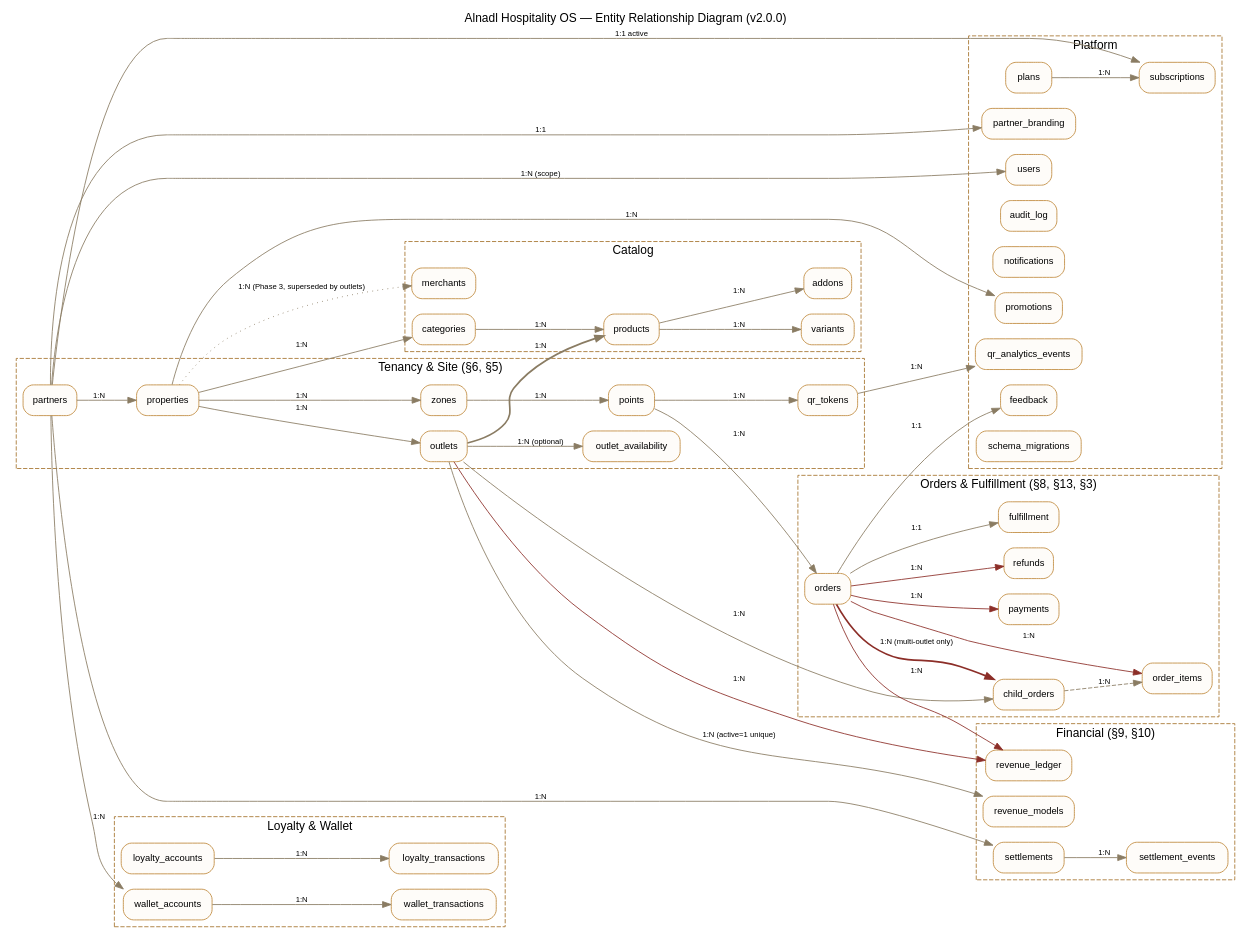
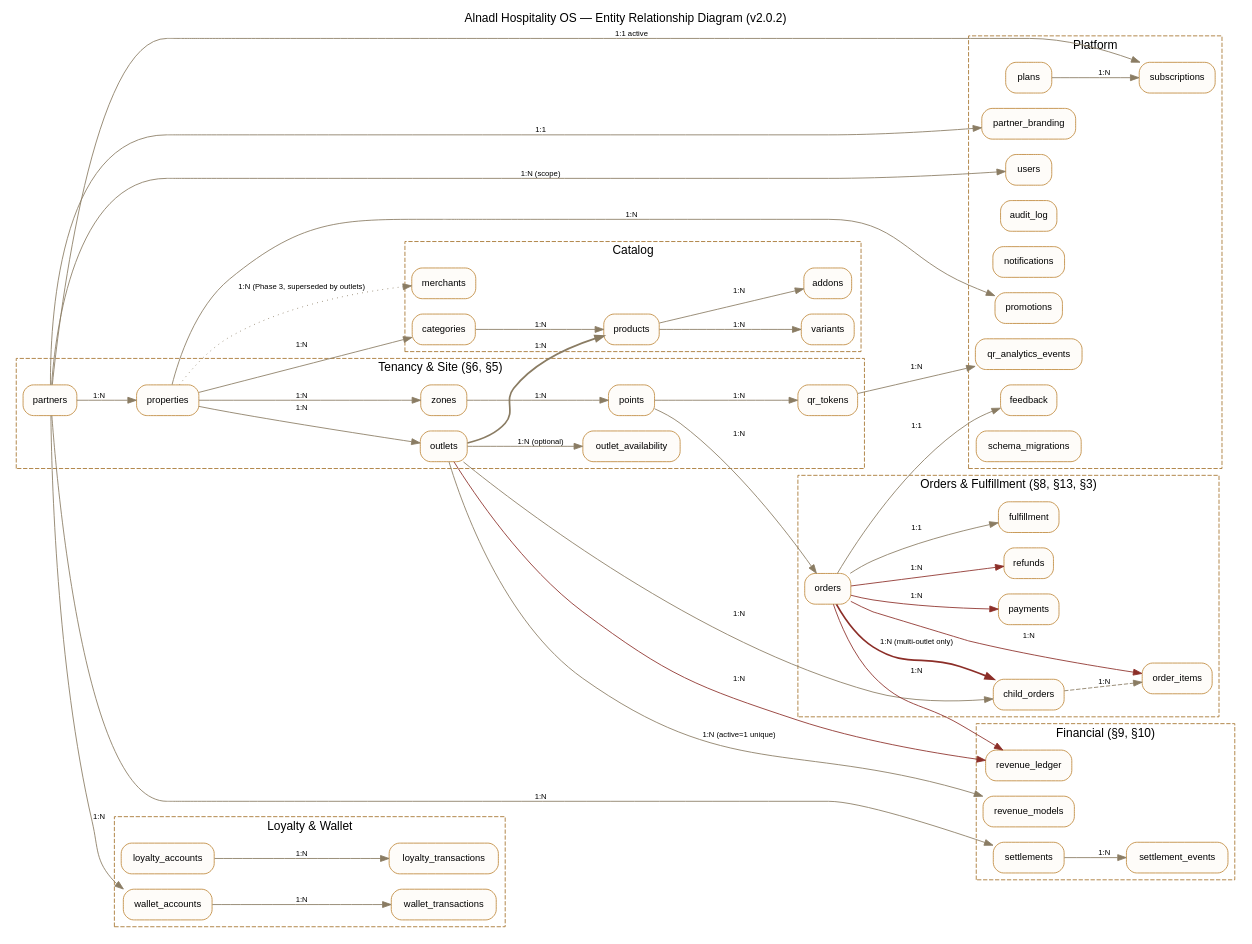
Before and after one commit to owaidh/alnadl-os: the diagram in docs/erd.dot, drawn with Graphviz. The commit also changed 27 other files, not shown here.

```diff
--- a/docs/erd.dot
+++ b/docs/erd.dot
@@ -1,76 +1,76 @@
 // docs/erd.dot — Entity Relationship Diagram (Q15).
 // Generated by hand from db.js's actual CREATE TABLE statements, grouped
 // into logical clusters for readability. Regenerate the PNG with:
 //   dot -Tpng docs/erd.dot -o docs/erd.png
 digraph ERD {
   rankdir=LR;
   node [shape=box, style="rounded,filled", fillcolor="#FEFCF9", color="#C08A3E", fontname="Helvetica", fontsize=11];
   edge [fontname="Helvetica", fontsize=9, color="#8A7C63"];
-  graph [fontname="Helvetica", fontsize=14, labelloc=t, label="Alnadl Hospitality OS — Entity Relationship Diagram (v2.0.0)"];
+  graph [fontname="Helvetica", fontsize=14, labelloc=t, label="Alnadl Hospitality OS — Entity Relationship Diagram (v2.0.2)"];
 
   subgraph cluster_tenancy {
     label="Tenancy & Site (§6, §5)"; style=dashed; color="#A6752F";
     partners; properties; zones; points; qr_tokens; outlets; outlet_availability;
   }
   subgraph cluster_catalog {
     label="Catalog"; style=dashed; color="#A6752F";
     categories; products; variants; addons; merchants;
   }
   subgraph cluster_orders {
     label="Orders & Fulfillment (§8, §13, §3)"; style=dashed; color="#A6752F";
     orders; order_items; child_orders; payments; refunds; fulfillment;
   }
   subgraph cluster_financial {
     label="Financial (§9, §10)"; style=dashed; color="#A6752F";
     revenue_models; revenue_ledger; settlements; settlement_events;
   }
   subgraph cluster_loyalty {
     label="Loyalty & Wallet"; style=dashed; color="#A6752F";
     loyalty_accounts; loyalty_transactions; wallet_accounts; wallet_transactions;
   }
   subgraph cluster_platform {
     label="Platform"; style=dashed; color="#A6752F";
     plans; subscriptions; partner_branding; users; audit_log; notifications;
     promotions; feedback; qr_analytics_events; schema_migrations;
   }
 
   partners -> properties [label="1:N"];
   properties -> zones [label="1:N"];
   zones -> points [label="1:N"];
   points -> qr_tokens [label="1:N"];
   properties -> outlets [label="1:N"];
   outlets -> outlet_availability [label="1:N (optional)"];
   properties -> categories [label="1:N"];
   categories -> products [label="1:N"];
   outlets -> products [label="1:N", style=bold];
   products -> variants [label="1:N"];
   products -> addons [label="1:N"];
   properties -> merchants [label="1:N (Phase 3, superseded by outlets)", style=dotted];
 
   points -> orders [label="1:N"];
   orders -> order_items [label="1:N", color="#8C2E28"];
   orders -> child_orders [label="1:N (multi-outlet only)", style=bold, color="#8C2E28"];
   child_orders -> order_items [label="1:N", style=dashed];
   outlets -> child_orders [label="1:N"];
   orders -> payments [label="1:N", color="#8C2E28"];
   orders -> refunds [label="1:N", color="#8C2E28"];
   orders -> fulfillment [label="1:1"];
 
   outlets -> revenue_models [label="1:N (active=1 unique)"];
   orders -> revenue_ledger [label="1:N", color="#8C2E28"];
   outlets -> revenue_ledger [label="1:N", color="#8C2E28"];
   partners -> settlements [label="1:N"];
   settlements -> settlement_events [label="1:N"];
 
   loyalty_accounts -> loyalty_transactions [label="1:N"];
   partners -> wallet_accounts [label="1:N"];
   wallet_accounts -> wallet_transactions [label="1:N"];
 
   plans -> subscriptions [label="1:N"];
   partners -> subscriptions [label="1:1 active"];
   partners -> partner_branding [label="1:1"];
   partners -> users [label="1:N (scope)"];
   qr_tokens -> qr_analytics_events [label="1:N"];
   properties -> promotions [label="1:N"];
   orders -> feedback [label="1:1"];
 }
```
